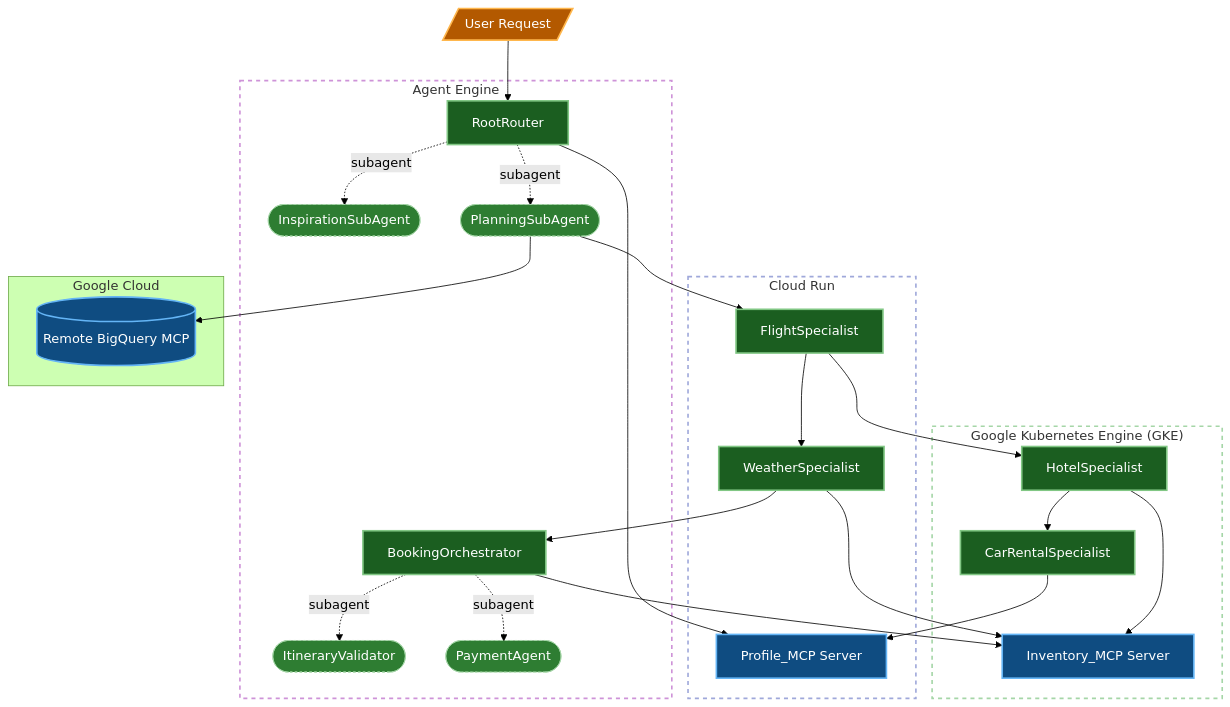
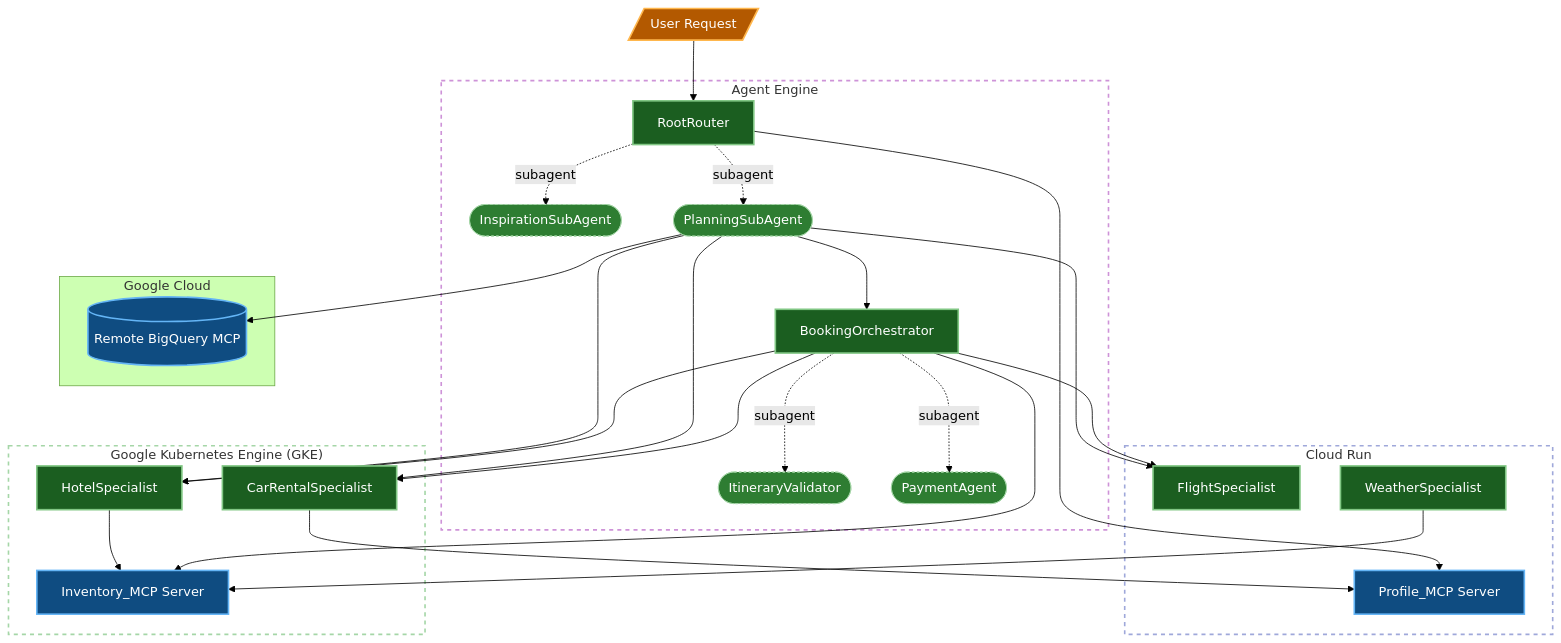
One commit to srtux/agent-testbed changed the first of 3 diagrams in README.md. Above: the diagram before and after it, drawn with Mermaid (forest theme). The commit also changed other lines of this file and 18 other files, not shown here.

First line of the commit message:
Refactor to v2 hub-and-spoke: remove chain-delegation, fix BigQuery MCP, add confirmation callbacks

````diff
--- a/README.md
+++ b/README.md
@@ -40,61 +40,60 @@
 ```mermaid
 graph TD
     %% Define Classes
     classDef agent fill:#1b5e20,stroke:#81c784,stroke-width:2px,color:#ffffff;
     classDef subagent fill:#2e7d32,stroke:#a5d6a7,stroke-width:1px,color:#ffffff,stroke-dasharray: 3 3;
     classDef mcp fill:#0f4c81,stroke:#64b5f6,stroke-width:2px,color:#ffffff;
     classDef user fill:#b35900,stroke:#ffb74d,stroke-width:2px,color:#ffffff;
 
     subgraph AgentEngineEnv["Agent Engine"]
         RootRouter[RootRouter]:::agent
         Inspiration([InspirationSubAgent]):::subagent
         Planning([PlanningSubAgent]):::subagent
         BookingOrchestrator[BookingOrchestrator]:::agent
         ItineraryValidator([ItineraryValidator]):::subagent
         PaymentAgent([PaymentAgent]):::subagent
         
         RootRouter -.->|subagent| Inspiration
         RootRouter -.->|subagent| Planning
         BookingOrchestrator -.->|subagent| ItineraryValidator
         BookingOrchestrator -.->|subagent| PaymentAgent
     end
     style AgentEngineEnv fill:transparent,stroke:#ce93d8,stroke-width:2px,stroke-dasharray: 5 5
 
     subgraph CloudRunEnv["Cloud Run"]
         FlightSpecialist[FlightSpecialist]:::agent
         WeatherSpecialist[WeatherSpecialist]:::agent
         ProfileMCP[Profile_MCP Server]:::mcp
     end
     style CloudRunEnv fill:transparent,stroke:#9fa8da,stroke-width:2px,stroke-dasharray: 5 5
 
     subgraph GKEEnv["Google Kubernetes Engine (GKE)"]
         Hotel[HotelSpecialist]:::agent
         Car[CarRentalSpecialist]:::agent
         InvMCP[Inventory_MCP Server]:::mcp
     end
     style GKEEnv fill:transparent,stroke:#a5d6a7,stroke-width:2px,stroke-dasharray: 5 5
 
     subgraph GoogleMCP["Google Cloud"]
         RemoteBQ[(Remote BigQuery MCP)]:::mcp
     end
 
-    %% Dependencies / Call Hierarchy
+    %% Dependencies / Call Hierarchy (v2 hub-and-spoke)
     User[/User Request/]:::user --> RootRouter
 
     RootRouter --> ProfileMCP
     Planning --> RemoteBQ
     Planning --> FlightSpecialist
-
-    FlightSpecialist --> Hotel
-    FlightSpecialist --> WeatherSpecialist
+    Planning --> Hotel
+    Planning --> Car
+    Planning --> BookingOrchestrator
 
     Hotel --> InvMCP
-    Hotel --> Car
+    Car --> ProfileMCP
+    WeatherSpecialist --> InvMCP
 
-    Car --> ProfileMCP
-
-    WeatherSpecialist --> InvMCP
-    WeatherSpecialist --> BookingOrchestrator
-
+    BookingOrchestrator --> FlightSpecialist
+    BookingOrchestrator --> Hotel
+    BookingOrchestrator --> Car
     BookingOrchestrator --> InvMCP
 ```
````
